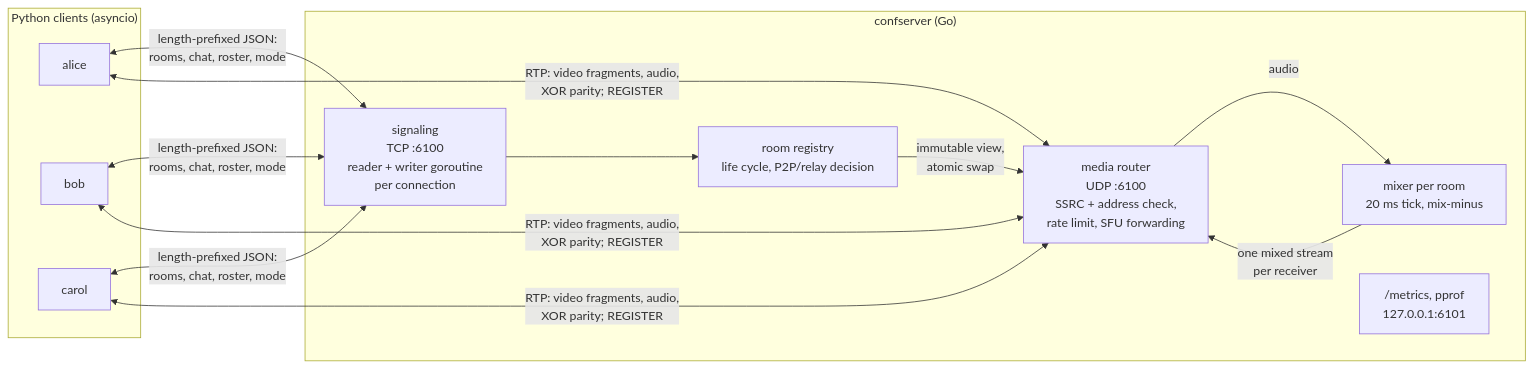
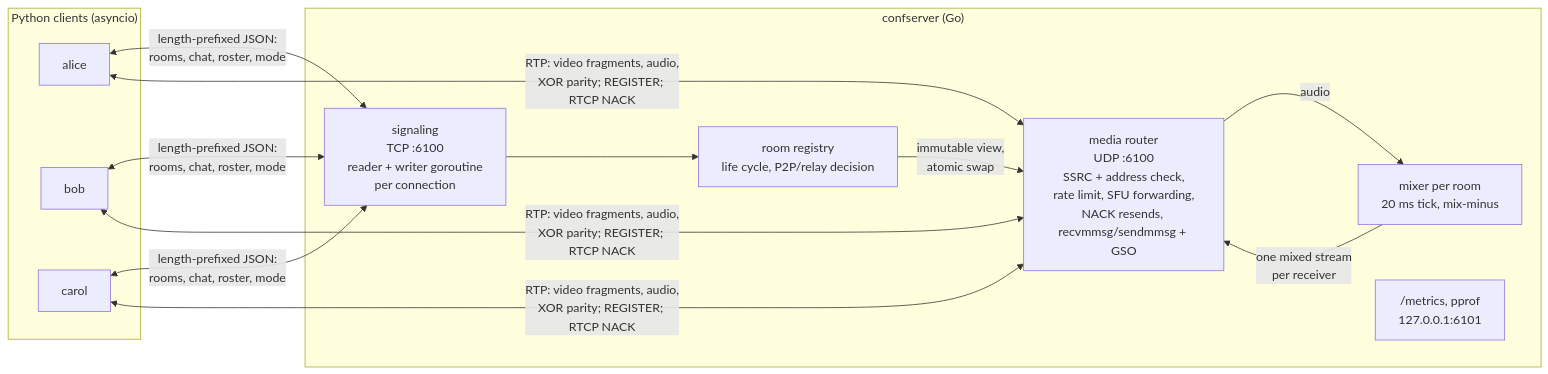
Before and after one commit to smallfishsworld/Real-Time-Video-Conferencing-System: the first of 3 diagrams in README.md, drawn with Mermaid. The commit also changed other lines of this file and 31 other files, not shown here.

First line of the commit message:
bench: B1 with NACK, B3 after batching and GSO with ablations and MTU 1500, B2 and micro re-run

````diff
--- a/README.md
+++ b/README.md
@@ -78,21 +96,21 @@
 ```mermaid
 flowchart LR
     subgraph clients["Python clients (asyncio)"]
         A["alice"]
         B["bob"]
         C["carol"]
     end
     subgraph server["confserver (Go)"]
         SIG["signaling<br/>TCP :6100<br/>reader + writer goroutine<br/>per connection"]
         REG["room registry<br/>life cycle, P2P/relay decision"]
-        RT["media router<br/>UDP :6100<br/>SSRC + address check,<br/>rate limit, SFU forwarding"]
+        RT["media router<br/>UDP :6100<br/>SSRC + address check,<br/>rate limit, SFU forwarding,<br/>NACK resends, recvmmsg/sendmmsg + GSO"]
         MIX["mixer per room<br/>20 ms tick, mix-minus"]
         MET["/metrics, pprof<br/>127.0.0.1:6101"]
     end
     A & B & C <-->|"length-prefixed JSON:<br/>rooms, chat, roster, mode"| SIG
     SIG --> REG
     REG -->|"immutable view,<br/>atomic swap"| RT
     RT -->|"audio"| MIX
-    A & B & C <-->|"RTP: video fragments, audio,<br/>XOR parity; REGISTER"| RT
+    A & B & C <-->|"RTP: video fragments, audio,<br/>XOR parity; REGISTER; RTCP NACK"| RT
     MIX -->|"one mixed stream<br/>per receiver"| RT
 ```
````
